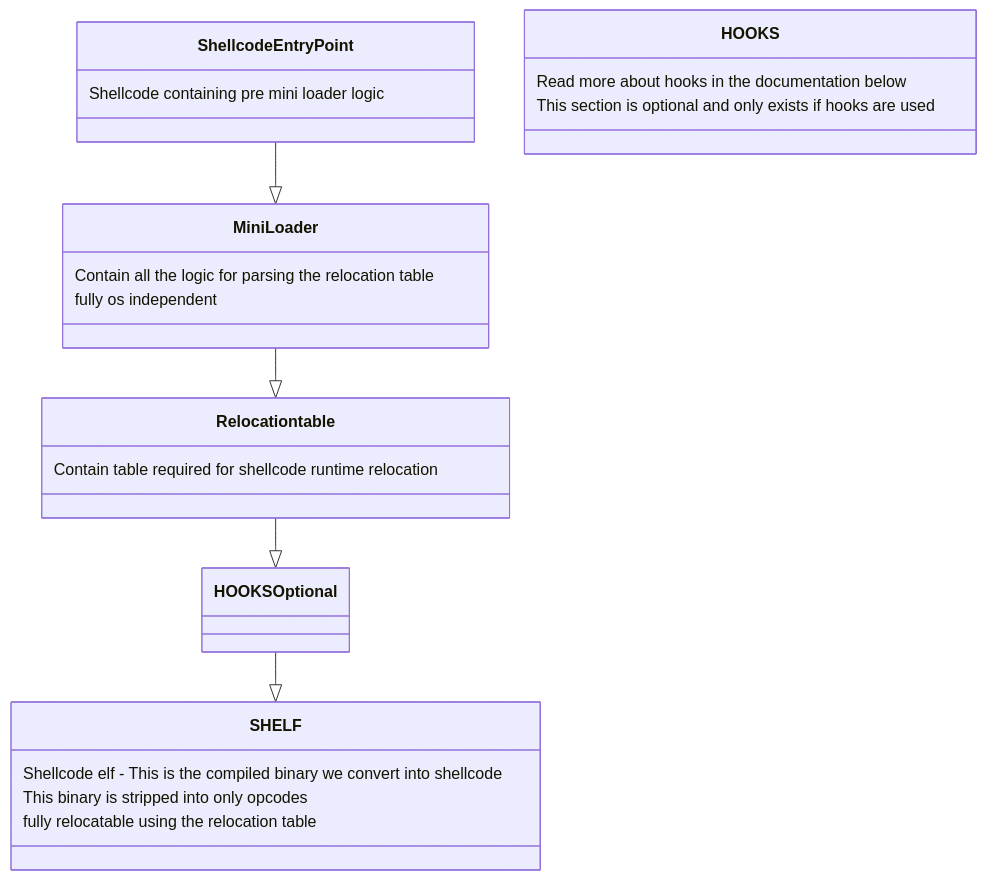
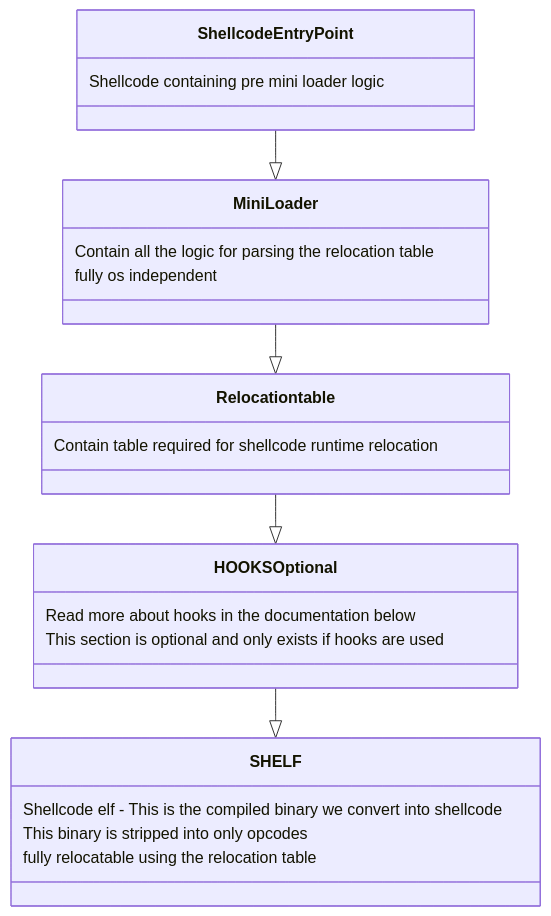
Before and after one commit to jonatanSh/shelf: the diagram in README.md, drawn with Mermaid.

Commit message:
readme fix

````diff
--- a/README.md
+++ b/README.md
@@ -32,16 +32,16 @@
 ```mermaid
   classDiagram
     ShellcodeEntryPoint --|> MiniLoader
     ShellcodeEntryPoint: Shellcode containing pre mini loader logic
     MiniLoader --|> Relocation table
     MiniLoader: Contain all the logic for parsing the relocation table
     MiniLoader: fully os independent
     Relocation table --|> HOOKS Optional
     Relocation table : Contain table required for shellcode runtime relocation
     HOOKS Optional --|> SHELF
-    HOOKS: Read more about hooks in the documentation below
-    HOOKS: This section is optional and only exists if hooks are used
+    HOOKS Optional: Read more about hooks in the documentation below
+    HOOKS Optional: This section is optional and only exists if hooks are used
     SHELF: Shellcode elf - This is the compiled binary we convert into shellcode
     SHELF: This binary is stripped into only opcodes
     SHELF: fully relocatable using the relocation table
 ```
````
